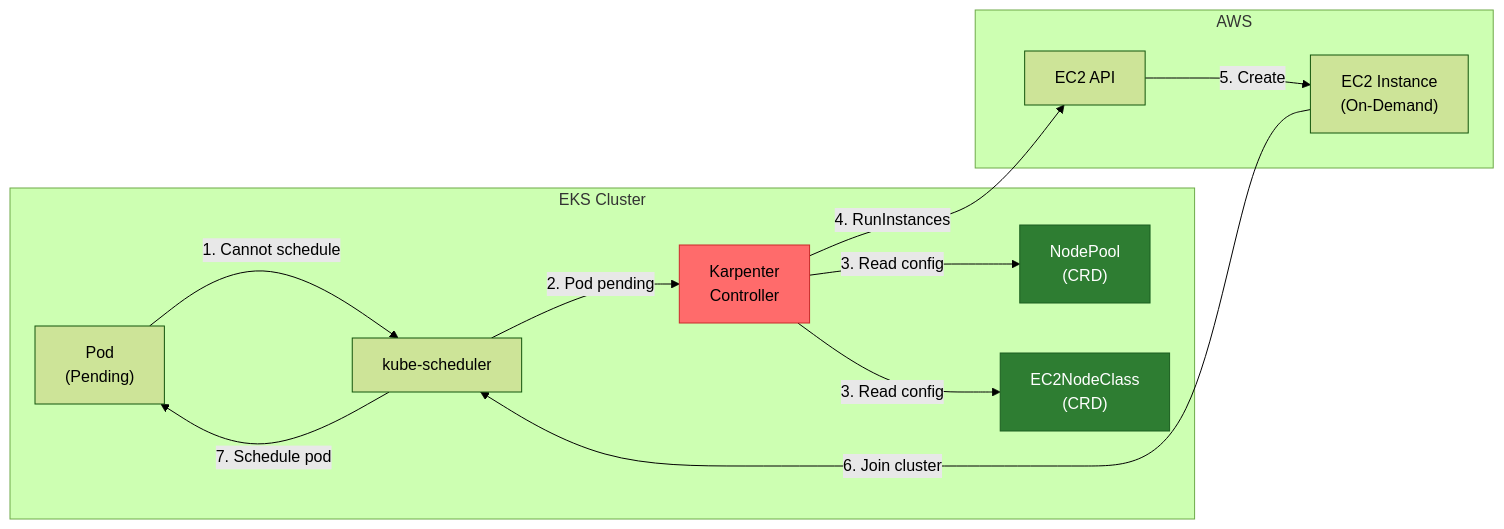
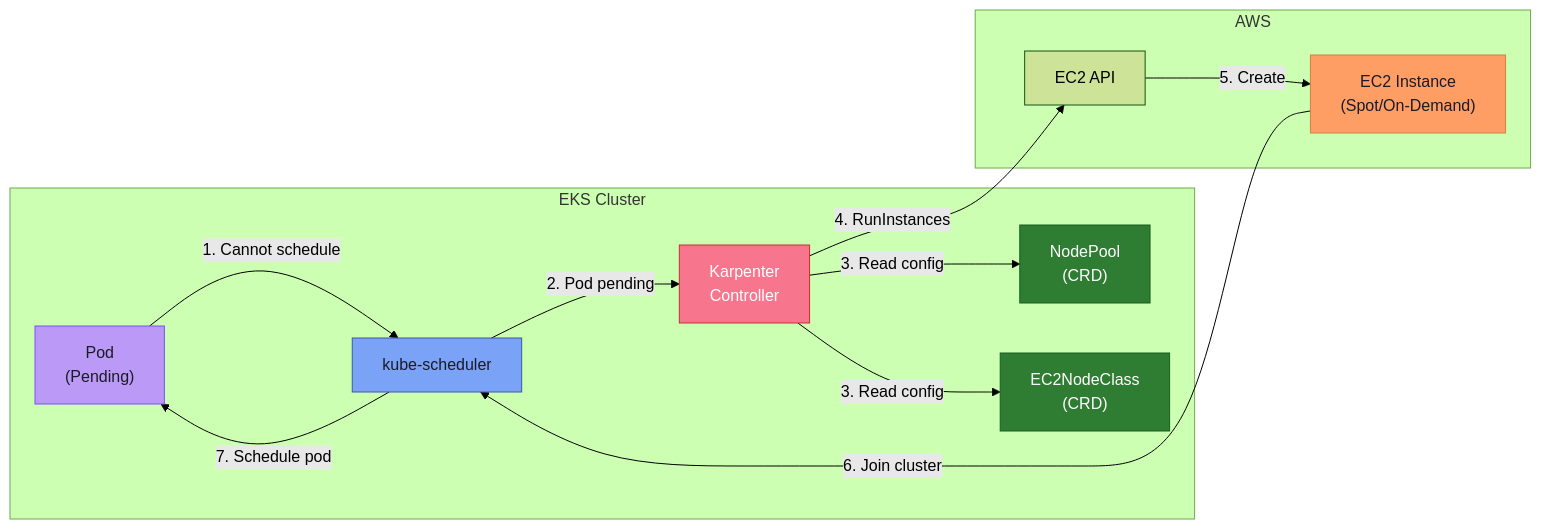
The diagram in content/pro/aws/karpenter-installation.md (lostyzen/lostyzen.github.io), drawn with Mermaid (forest theme) before and after one commit. The commit also changed 3 other files, not shown here.

Commit message:
fix: use Hugo shortcode for Mermaid diagrams to avoid rendering issues

````diff
--- a/content/pro/aws/karpenter-installation.md
+++ b/content/pro/aws/karpenter-installation.md
@@ -47,28 +47,31 @@
-```mermaid
+{{< mermaid >}}
 flowchart LR
-    subgraph Kubernetes["EKS Cluster"]
+    subgraph EKS["EKS Cluster"]
         Pod["Pod<br/>(Pending)"]
         Scheduler["kube-scheduler"]
         Karpenter["Karpenter<br/>Controller"]
         NodePool["NodePool<br/>(CRD)"]
         EC2NodeClass["EC2NodeClass<br/>(CRD)"]
     end
 
     subgraph AWS["AWS"]
         EC2["EC2 API"]
-        Instance["EC2 Instance<br/>(On-Demand)"]
+        Instance["EC2 Instance<br/>(Spot/On-Demand)"]
     end
 
     Pod -->|"1. Cannot schedule"| Scheduler
     Scheduler -->|"2. Pod pending"| Karpenter
     Karpenter -->|"3. Read config"| NodePool
     Karpenter -->|"3. Read config"| EC2NodeClass
     Karpenter -->|"4. RunInstances"| EC2
     EC2 -->|"5. Create"| Instance
     Instance -->|"6. Join cluster"| Scheduler
     Scheduler -->|"7. Schedule pod"| Pod
 
-    style Karpenter fill:#FF6B6B,stroke:#C92A2A
-    style NodePool fill:#2E7D32,stroke:#1B5E20,color:#FFFFFF
-    style EC2NodeClass fill:#2E7D32,stroke:#1B5E20,color:#FFFFFF
-```
+    style Karpenter fill:#f7768e,stroke:#c53030,color:#fff
+    style NodePool fill:#2E7D32,stroke:#1B5E20,color:#fff
+    style EC2NodeClass fill:#2E7D32,stroke:#1B5E20,color:#fff
+    style Instance fill:#ff9e64,stroke:#d67e3e,color:#1a1b26
+    style Pod fill:#bb9af7,stroke:#7c4dff,color:#1a1b26
+    style Scheduler fill:#7aa2f7,stroke:#3d59a1,color:#1a1b26
+{{< /mermaid >}}
````
